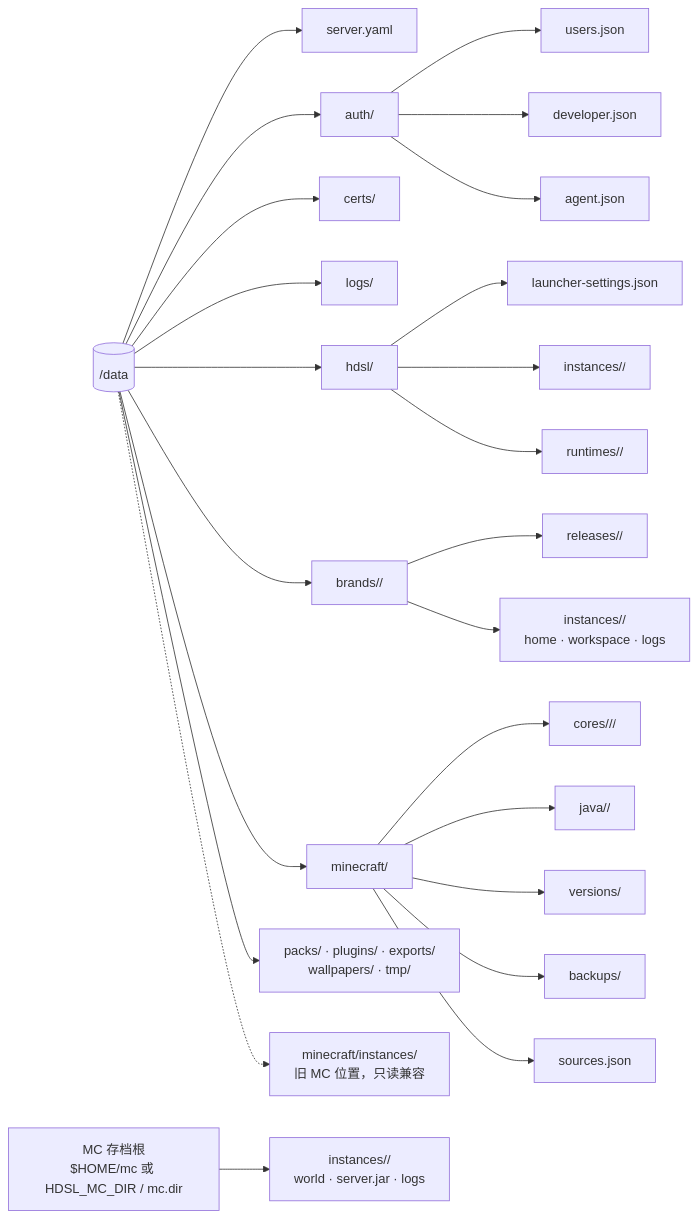
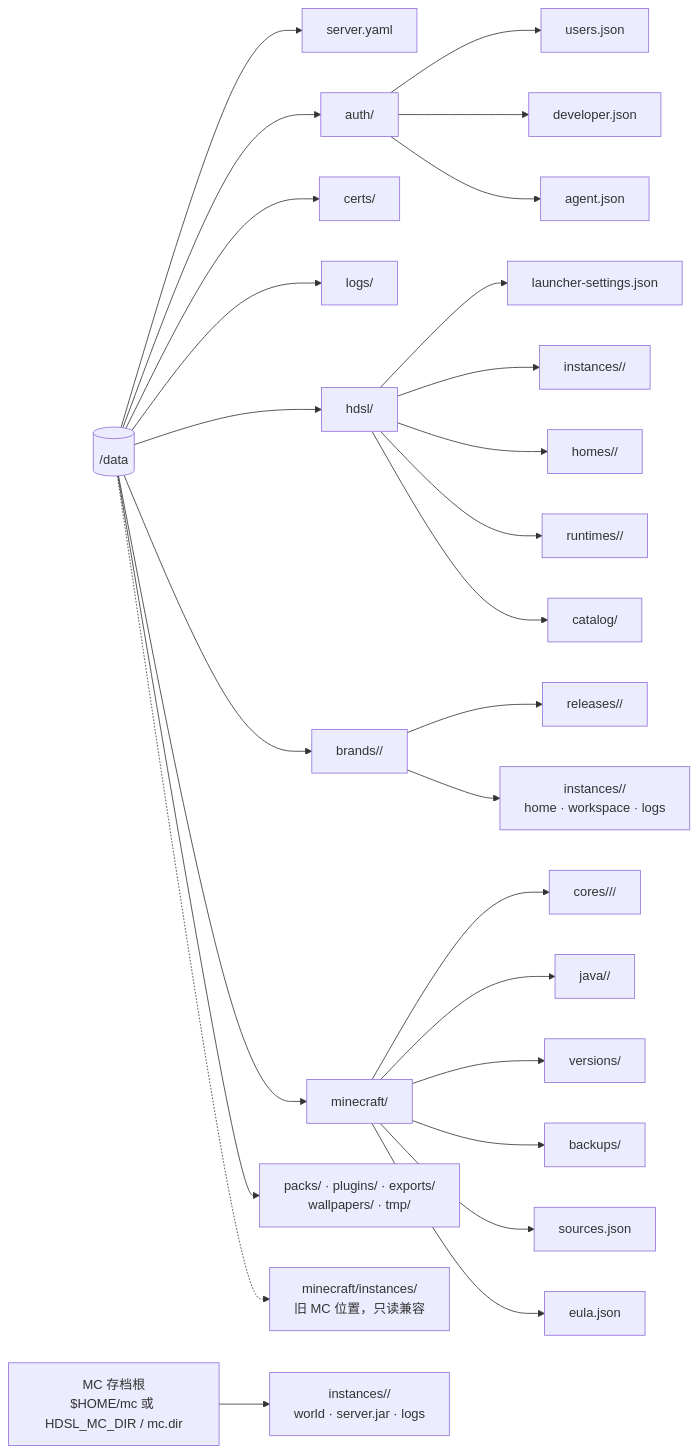
Before and after one commit to nas200-timmy/HDSL-WEB: the second of 2 diagrams in docs/architecture/full.md, drawn with Mermaid. The commit also changed other lines of this file and 4 other files, not shown here.

First line of the commit message:
docs(architecture): 修正架构图与代码不符之处

````diff
--- a/docs/architecture/full.md
+++ b/docs/architecture/full.md
@@ -197,26 +203,29 @@
 ```mermaid
 flowchart LR
   data[("/data")] --> cfg["server.yaml"]
   data --> auth["auth/"]
   auth --> users["users.json"]
   auth --> dev["developer.json"]
   auth --> agent["agent.json"]
   data --> certs["certs/"]
   data --> logs["logs/"]
   data --> hdsl["hdsl/"]
   hdsl --> launcher["launcher-settings.json"]
   hdsl --> hinst["instances/<id>/"]
+  hdsl --> hhomes["homes/<version>/"]
   hdsl --> runtimes["runtimes/<node>/"]
+  hdsl --> catalog["catalog/"]
   data --> brands["brands/<brand>/"]
   brands --> releases["releases/<version>/"]
   brands --> binst["instances/<id>/<br/>home · workspace · logs"]
   data --> minecraft["minecraft/"]
   minecraft --> cores["cores/<core>/<version>/"]
   minecraft --> java["java/<feature>/"]
   minecraft --> versions["versions/"]
   minecraft --> backups["backups/"]
   minecraft --> sources["sources.json"]
+  minecraft --> eula["eula.json"]
   data --> other["packs/ · plugins/ · exports/<br/>wallpapers/ · tmp/"]
   data -.-> legacy["minecraft/instances/<br/>旧 MC 位置，只读兼容"]
   mcroot["MC 存档根<br/>$HOME/mc 或 HDSL_MC_DIR / mc.dir"] --> mcinst["instances/<id>/<br/>world · server.jar · logs"]
 ```
````
